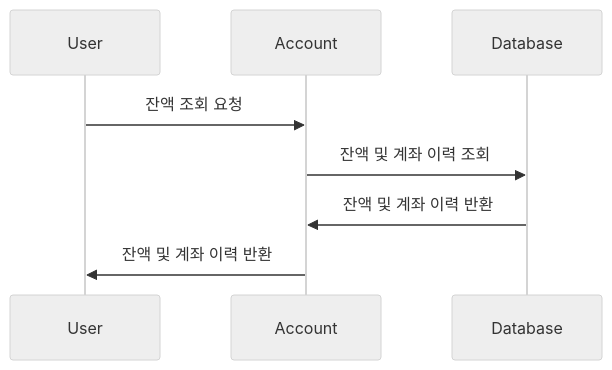
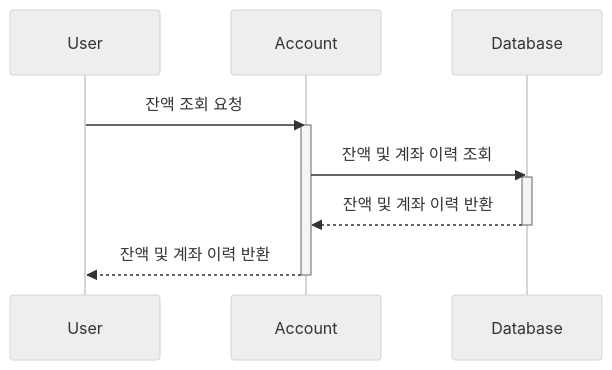
Before and after one commit to durara021/hhplus-server-construction: the sixth of 6 diagrams in README.md, drawn with Mermaid (neutral theme). The commit also changed other lines of this file, not shown here.

Commit message:
시퀀스 다이어그램 생명선 추가 (#10)

````diff
--- a/README.md
+++ b/README.md
@@ -137,13 +194,16 @@
 ```mermaid
 sequenceDiagram
     participant User
     participant Account
     participant Database
 
     User ->> Account: 잔액 조회 요청
+    activate Account
     Account ->> Database: 잔액 및 계좌 이력 조회
-    Database ->> Account: 잔액 및 계좌 이력 반환
-    Account ->> User: 잔액 및 계좌 이력 반환
-
+    activate Database
+    Database -->> Account: 잔액 및 계좌 이력 반환
+    deactivate Database
+    Account -->> User: 잔액 및 계좌 이력 반환
+    deactivate Account
 
 ```
````
